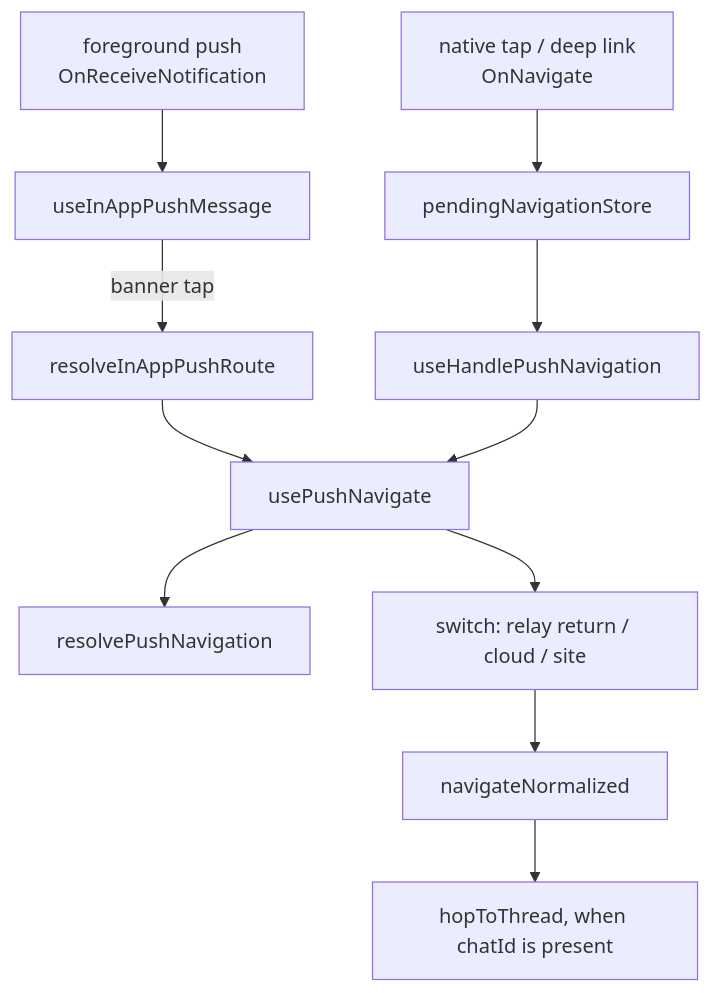
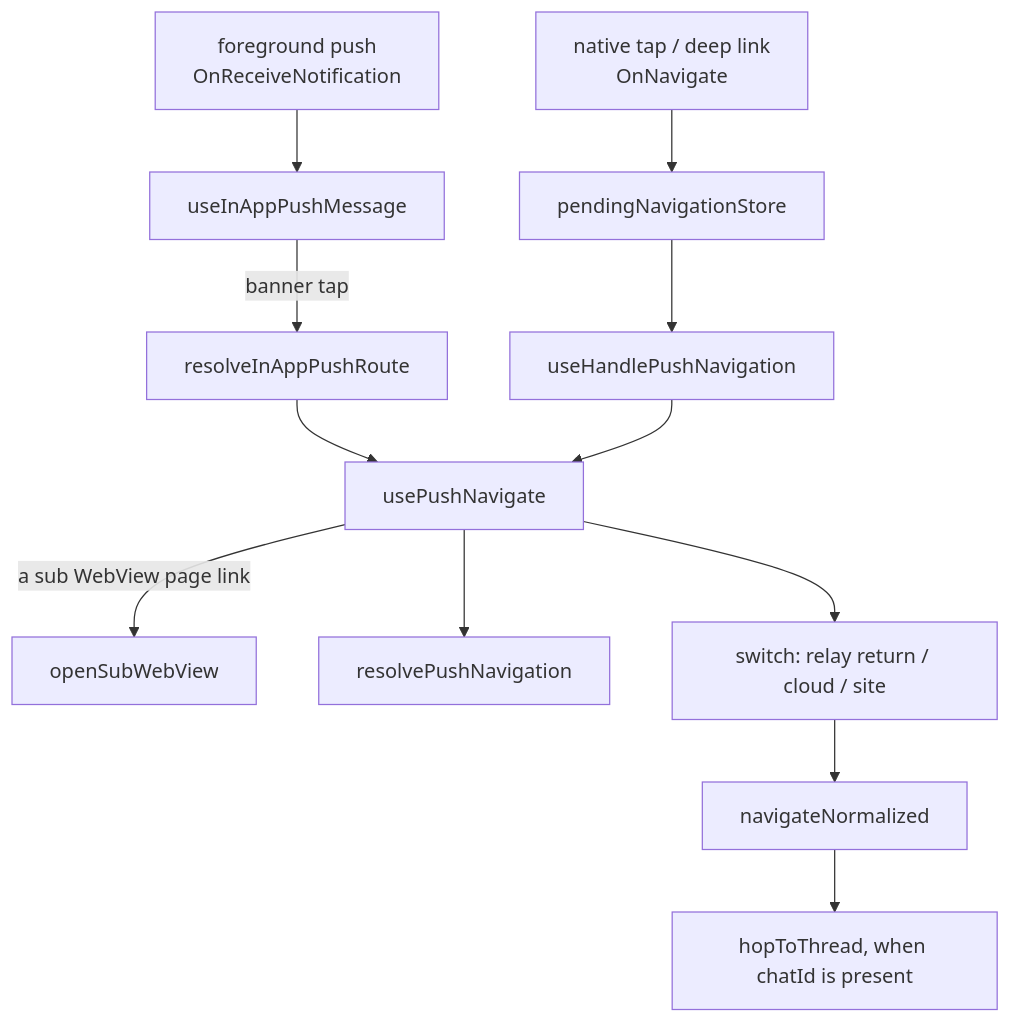
One commit to lemoncloud-io/dou-app changed the diagram in apps/web/docs/bridge/push-navigation.md. Above: the diagram before and after it, drawn with Mermaid. The commit also changed other lines of this file and 32 other files, not shown here.

First line of the commit message:
feat(mobile,web,landing,shared): open sub WebView pages from app links (ADR-0279)

````diff
--- a/apps/web/docs/bridge/push-navigation.md
+++ b/apps/web/docs/bridge/push-navigation.md
@@ -76,13 +76,14 @@
 ```mermaid
 flowchart TD
     N["native tap / deep link<br/>OnNavigate"] --> S[pendingNavigationStore]
     S --> H[useHandlePushNavigation]
     F["foreground push<br/>OnReceiveNotification"] --> B[useInAppPushMessage]
     B -- "banner tap" --> R[resolveInAppPushRoute]
     R --> P
     H --> P[usePushNavigate]
+    P -- "a sub WebView page link" --> SW2[openSubWebView]
     P --> RES[resolvePushNavigation]
     P --> SW["switch: relay return / cloud / site"]
     SW --> NAV[navigateNormalized]
     NAV --> T["hopToThread, when chatId is present"]
 ```
````
